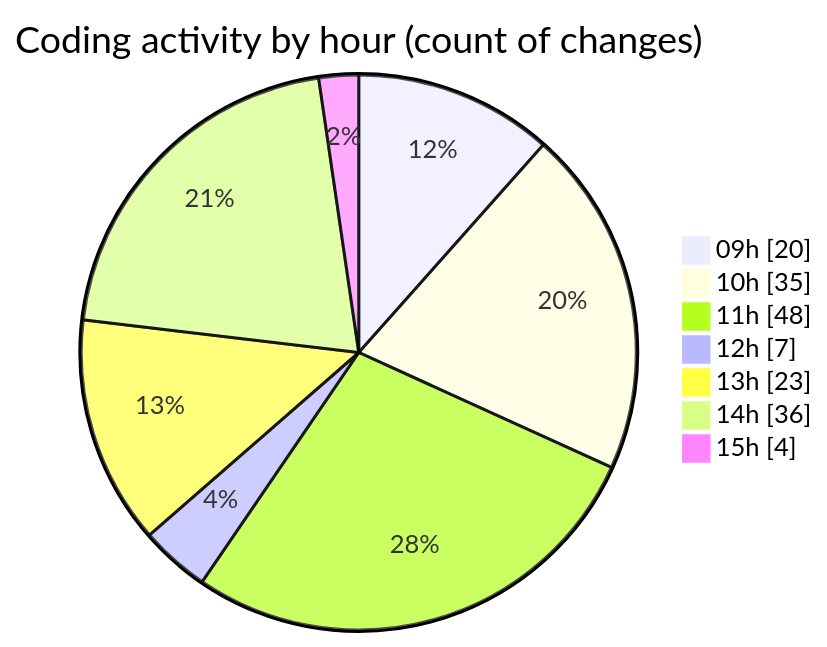
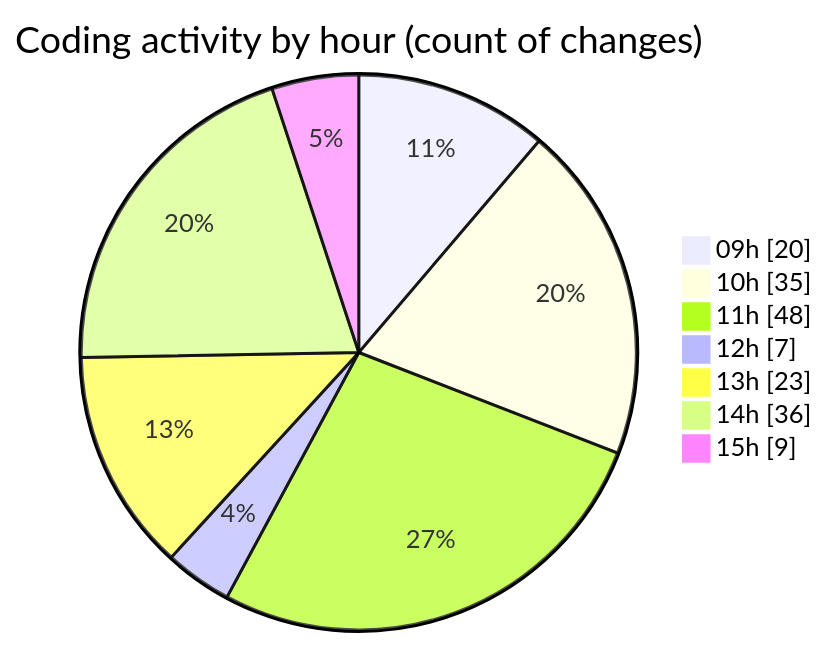
Before and after one commit to CELIANVF/code-tracking: the second of 2 diagrams in 2025-06-10/ecodeli-1/README.md, drawn with Mermaid. The commit also changed other lines of this file and 1 other file, not shown here.

````diff
--- a/2025-06-10/ecodeli-1/README.md
+++ b/2025-06-10/ecodeli-1/README.md
@@ -91,11 +94,11 @@
 ```mermaid
 pie showData
 title Coding activity by hour (count of changes)
 "09h" : 20
 "10h" : 35
 "11h" : 48
 "12h" : 7
 "13h" : 23
 "14h" : 36
-"15h" : 4
+"15h" : 9
 ```
````
